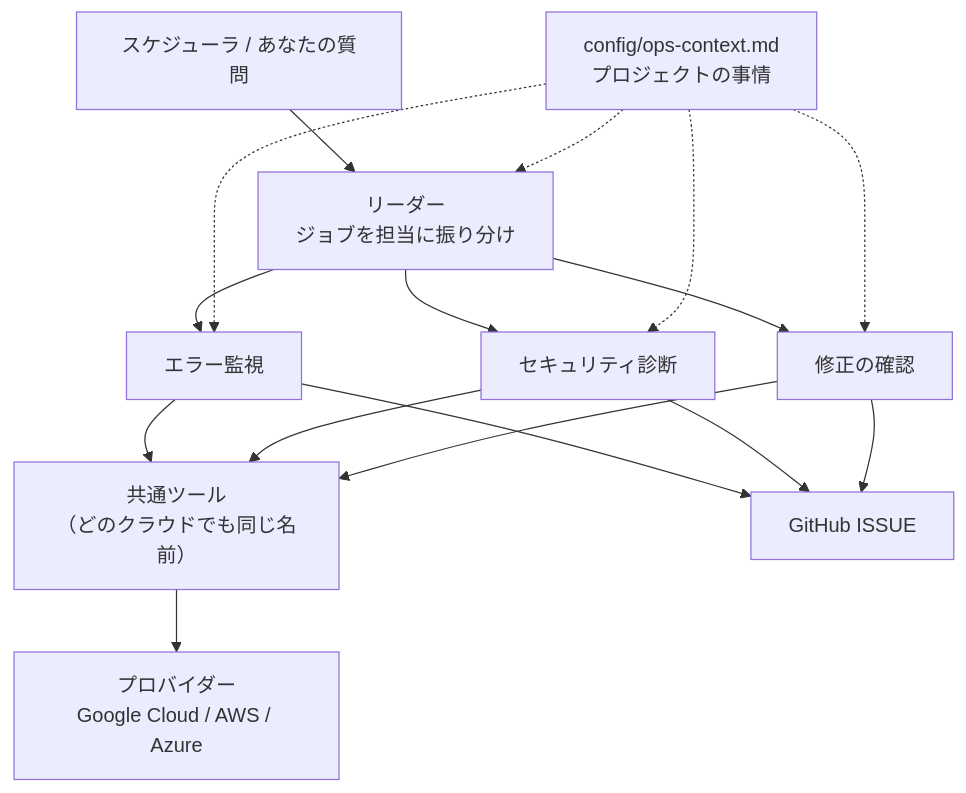
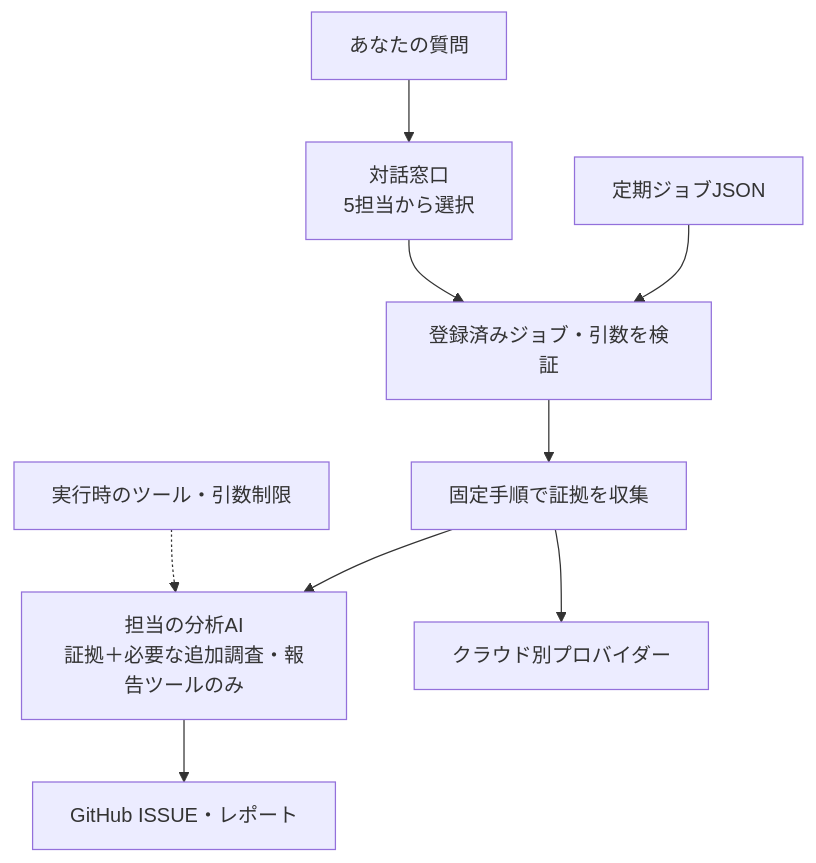
Before and after one commit to atsuki-sakai/cloud-ops-team: the second of 2 diagrams in README.md, drawn with Mermaid. The commit also changed other lines of this file and 61 other files, not shown here.

````diff
--- a/README.md
+++ b/README.md
@@ -178,9 +192,11 @@
 ```mermaid
 flowchart TB
-    SCH["スケジューラ / あなたの質問"] --> L["リーダー<br/>ジョブを担当に振り分け"]
-    L --> S1["エラー監視"] & S2["セキュリティ診断"] & S3["修正の確認"]
-    S1 & S2 & S3 --> T["共通ツール<br/>（どのクラウドでも同じ名前）"]
-    T --> P["プロバイダー<br/>Google Cloud / AWS / Azure"]
-    S1 & S2 & S3 --> G["GitHub ISSUE"]
-    CTX["config/ops-context.md<br/>プロジェクトの事情"] -.-> L & S1 & S2 & S3
+    SCH["定期ジョブJSON"] --> R["登録済みジョブ・引数を検証"]
+    Q["あなたの質問"] --> L["対話窓口<br/>5担当から選択"]
+    L --> R
+    R --> C["固定手順で証拠を収集"]
+    C --> A["担当の分析AI<br/>証拠＋必要な追加調査・報告ツールのみ"]
+    C --> P["クラウド別プロバイダー"]
+    A --> G["GitHub ISSUE・レポート"]
+    S["実行時のツール・引数制限"] -.-> A
 ```
````
